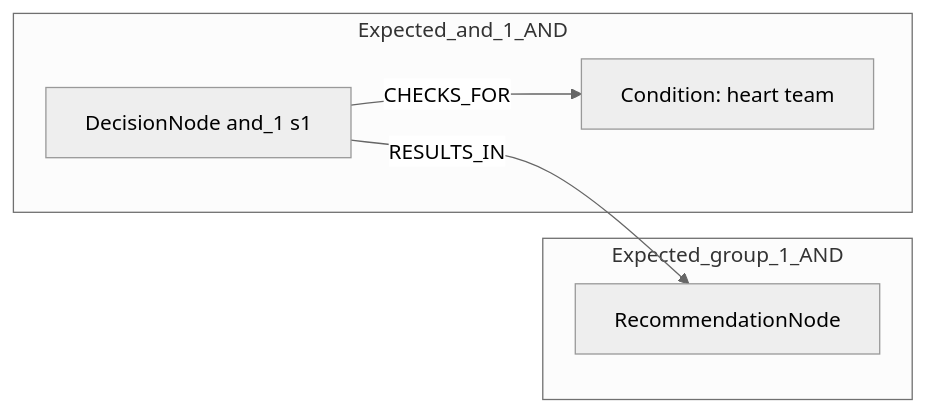
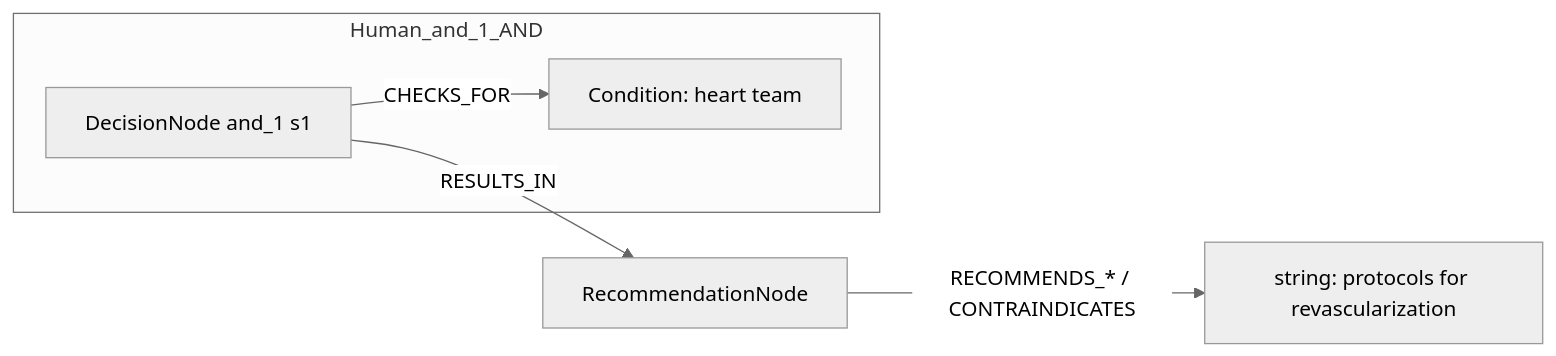
Before and after one commit to dieterich-lab/CardioGuidelinesGraph: the first of 2 diagrams in docs/table22_rows/row_05.md, drawn with Mermaid (neutral theme). The commit also changed other lines of this file and 18 other files, not shown here.

Commit message:
Adjust mermaid for conditions/actions

````diff
--- a/docs/table22_rows/row_05.md
+++ b/docs/table22_rows/row_05.md
@@ -97,13 +97,12 @@
 ```mermaid
 graph LR
   REC[RecommendationNode]
-  subgraph Expected_and_1_AND
+  ACT1[string: protocols for revascularization]
+  REC -->|RECOMMENDS_* / CONTRAINDICATES| ACT1
+  subgraph Human_and_1_AND
     D_and_1_1[DecisionNode and_1 s1]
     C_and_1_1[Condition: heart team]
     D_and_1_1 -->|CHECKS_FOR| C_and_1_1
   end
-  subgraph Expected_group_1_AND
-    REC
-  end
   D_and_1_1 -->|RESULTS_IN| REC
 ```
````
